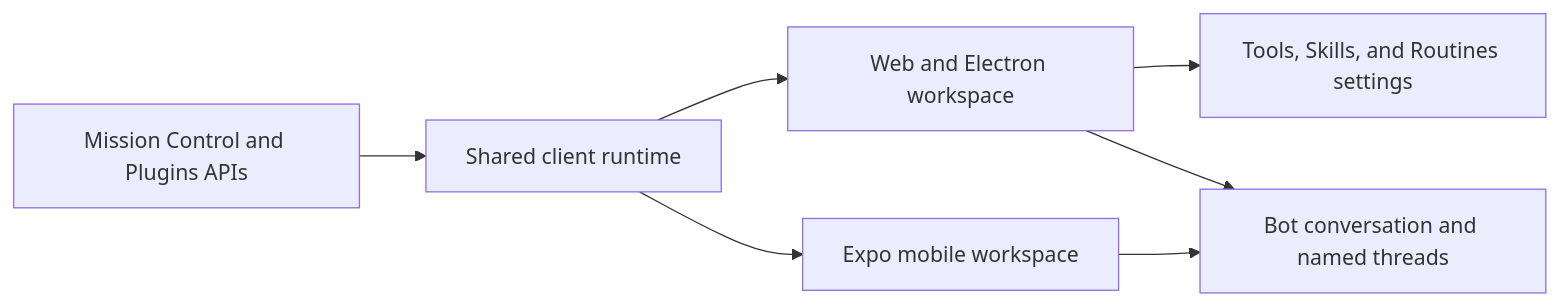
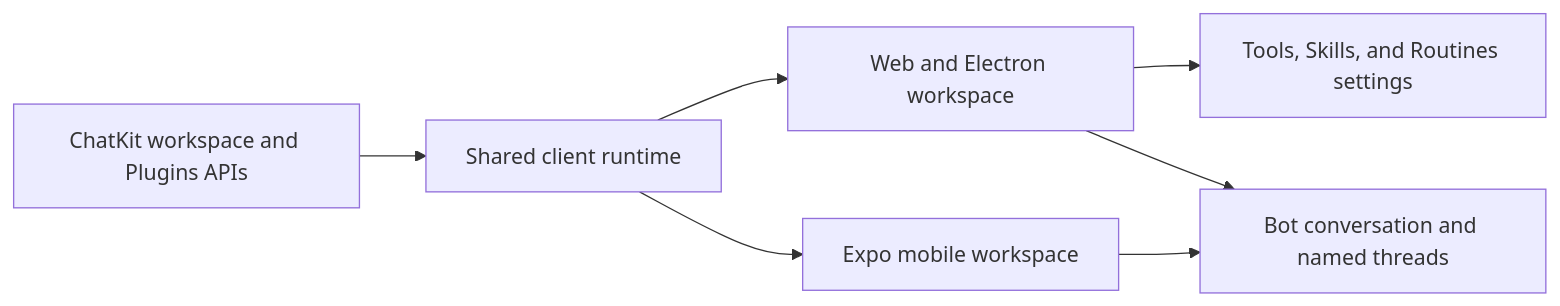
One commit to trytilde/dispatch changed the diagram in docs/updates/92.md. Above: the diagram before and after it, drawn with Mermaid. The commit also changed 51 other files, not shown here.

First line of the commit message:
feat(chat): adopt ChatKit realtime events (#101)

````diff
--- a/docs/updates/92.md
+++ b/docs/updates/92.md
@@ -12,9 +12,9 @@
 ```mermaid
 flowchart LR
-    API[Mission Control and Plugins APIs] --> R[Shared client runtime]
+    API[ChatKit workspace and Plugins APIs] --> R[Shared client runtime]
     R --> W[Web and Electron workspace]
     R --> M[Expo mobile workspace]
     W --> S[Tools, Skills, and Routines settings]
     W --> C[Bot conversation and named threads]
     M --> C
 ```
````
